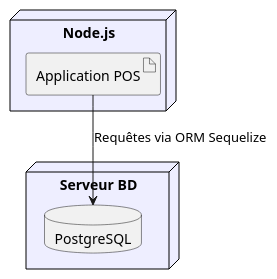
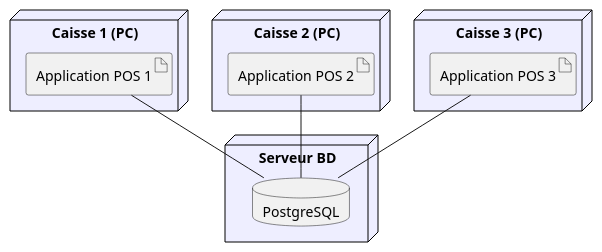
The diagram in docs/UML/VueDeploiement.puml (Jonathan-Lorfils/LOG430-Lab), drawn with PlantUML before and after one commit.

Commit message:
Update VueDeploiement

```diff
--- a/docs/UML/VueDeploiement.puml
+++ b/docs/UML/VueDeploiement.puml
@@ -1,20 +1,29 @@
 @startuml VueDeploiement
 skinparam componentStyle rectangle
 skinparam node {
     BackgroundColor #EEF
     BorderColor Black
 }
 
-node "Node.js" {
-    artifact "Application POS"
+node "Caisse 1 (PC)" {
+    artifact "Application POS 1"
 }
 
-' Base de données PostgreSQL
+node "Caisse 2 (PC)" {
+    artifact "Application POS 2"
+}
+
+node "Caisse 3 (PC)" {
+    artifact "Application POS 3"
+}
+
 node "Serveur BD" {
     database "PostgreSQL"
 }
 
-' Connexions entre les artefacts
-"Application POS" --> "PostgreSQL" : Requêtes via ORM Sequelize
+' Connexions entre les artefacts et la base de données
+"Application POS 1" -- "PostgreSQL"
+"Application POS 2" -- "PostgreSQL"
+"Application POS 3" -- "PostgreSQL"
 
 @enduml
```
